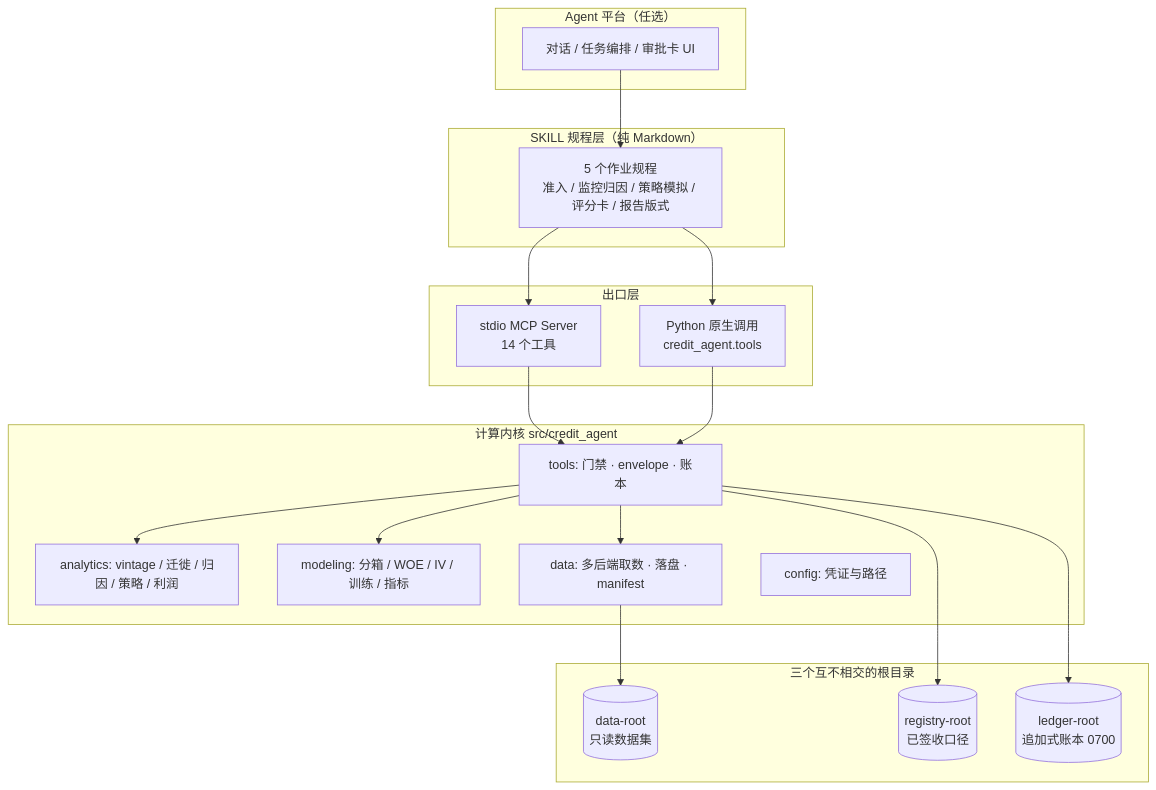
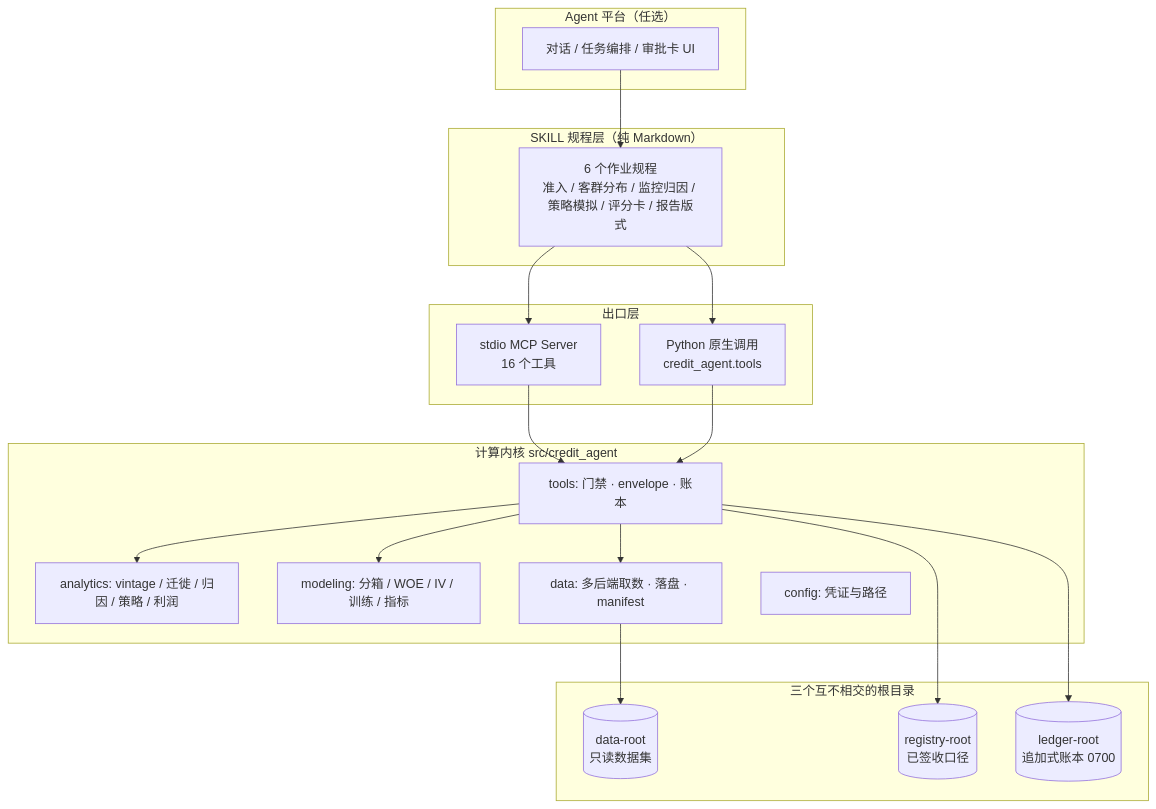
The diagram in README.md (cadetnicolas/Credit-Risk-Agent-Core), drawn with Mermaid before and after one commit. The commit also changed other lines of this file and 37 other files, not shown here.

````diff
--- a/README.md
+++ b/README.md
@@ -52,37 +52,37 @@
 ```mermaid
 flowchart TB
     subgraph host["Agent 平台（任选）"]
         A[对话 / 任务编排 / 审批卡 UI]
     end
     subgraph skills["SKILL 规程层（纯 Markdown）"]
-        S[5 个作业规程<br/>准入 / 监控归因 / 策略模拟 / 评分卡 / 报告版式]
+        S[6 个作业规程<br/>准入 / 客群分布 / 监控归因 / 策略模拟 / 评分卡 / 报告版式]
     end
     subgraph facade["出口层"]
-        M[stdio MCP Server<br/>14 个工具]
+        M[stdio MCP Server<br/>16 个工具]
         N[Python 原生调用<br/>credit_agent.tools]
     end
     subgraph core["计算内核 src/credit_agent"]
         T[tools: 门禁 · envelope · 账本]
         AN[analytics: vintage / 迁徙 / 归因 / 策略 / 利润]
         MO[modeling: 分箱 / WOE / IV / 训练 / 指标]
         DA[data: 多后端取数 · 落盘 · manifest]
         CF[config: 凭证与路径]
     end
     subgraph roots["三个互不相交的根目录"]
         D[(data-root<br/>只读数据集)]
         R[(registry-root<br/>已签收口径)]
         L[(ledger-root<br/>追加式账本 0700)]
     end
 
     A --> S
     S --> M
     S --> N
     M --> T
     N --> T
     T --> AN
     T --> MO
     T --> DA
     DA --> D
     T --> R
     T --> L
 ```
````
